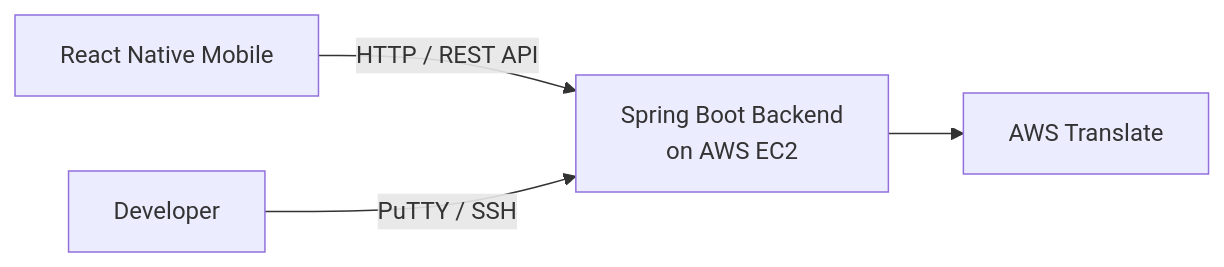
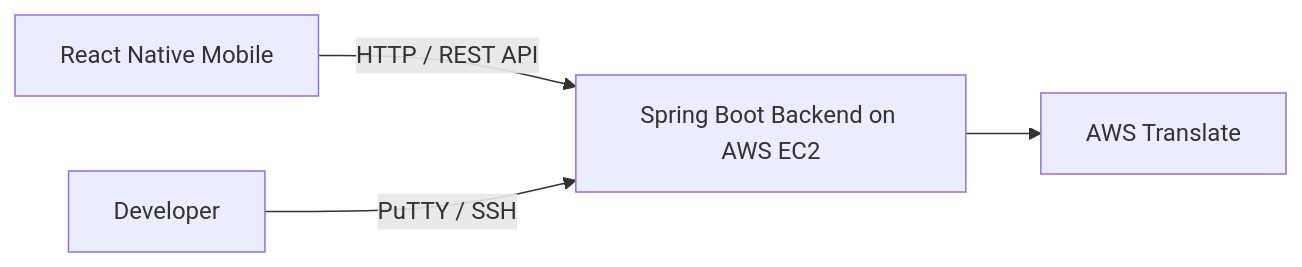
The third of 4 diagrams in README.md (minjuko/transmate), drawn with Mermaid before and after one commit. The commit also changed other lines of this file, not shown here.

````diff
--- a/README.md
+++ b/README.md
@@ -100,6 +135,6 @@
 ```mermaid
 flowchart LR
-    M[React Native Mobile] -->|HTTP / REST API| B[Spring Boot Backend<br/>on AWS EC2]
+    M[React Native Mobile] -->|HTTP / REST API| B[Spring Boot Backend on AWS EC2]
     B --> T[AWS Translate]
     D[Developer] -->|PuTTY / SSH| B
 ```
````
